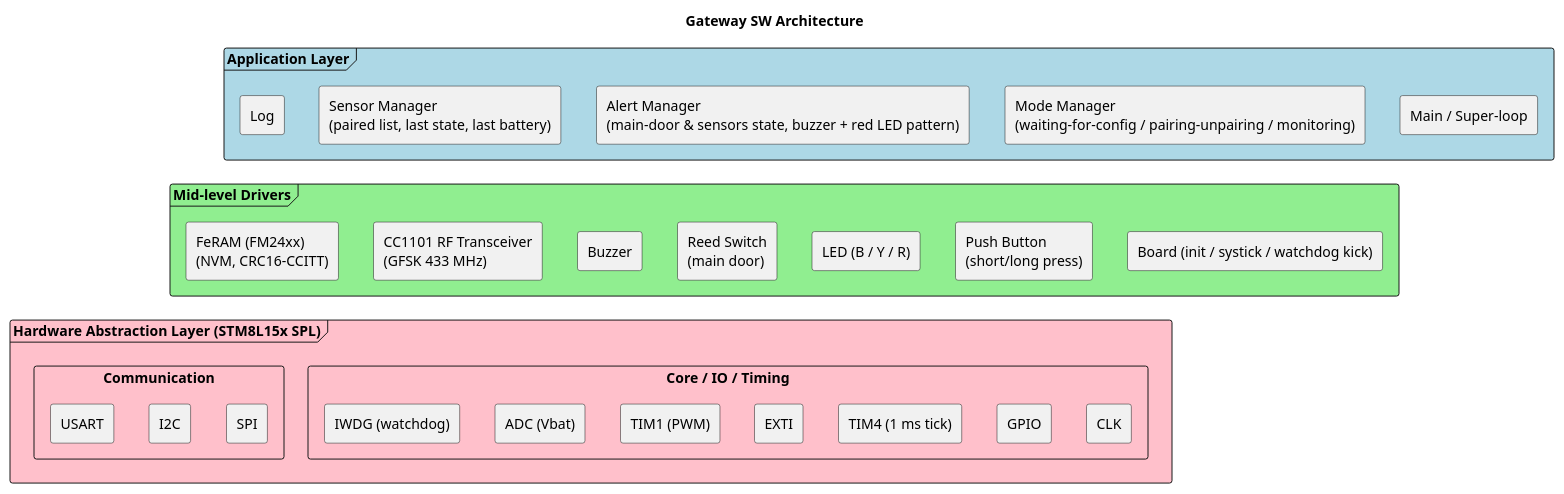
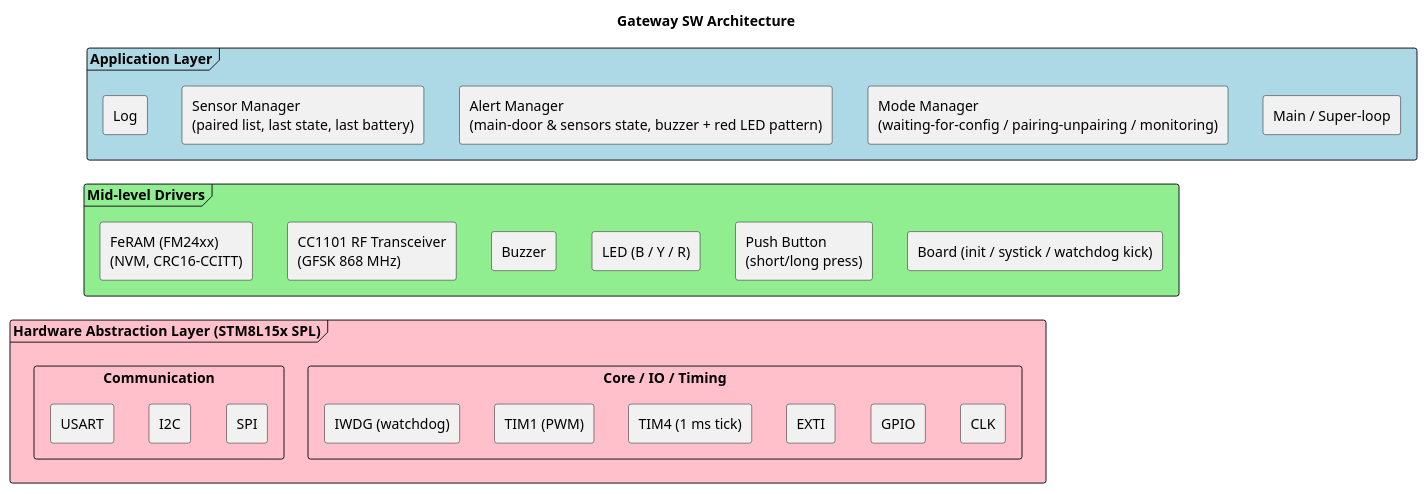
One commit to npeixoto64/ExitGuardian changed the diagram in docs/architecture/diagrams/gateway_sw_arch.puml. Above: the diagram before and after it, drawn with PlantUML. The commit also changed 6 other files, not shown here.

Commit message:
EG-56 Requirements and Architecture to use a sensor on main-door

```diff
--- a/docs/architecture/diagrams/gateway_sw_arch.puml
+++ b/docs/architecture/diagrams/gateway_sw_arch.puml
@@ -1,59 +1,56 @@
 @startuml
 skinparam componentStyle rectangle
 skinparam packageStyle frame
 
 title Gateway SW Architecture
 
 package "Application Layer" #LightBlue {
     [Main / Super-loop] as App
     [Mode Manager\n(waiting-for-config / pairing-unpairing / monitoring)] as ModeMgr
     [Alert Manager\n(main-door & sensors state, buzzer + red LED pattern)] as AlertMgr
     [Sensor Manager\n(paired list, last state, last battery)] as SensorMgr
     [Log] as Log
 }
 
 package "Mid-level Drivers" #LightGreen {
     [Board (init / systick / watchdog kick)] as Board
-    [CC1101 RF Transceiver\n(GFSK 433 MHz)] as CC1101
+    [CC1101 RF Transceiver\n(GFSK 868 MHz)] as CC1101
     [FeRAM (FM24xx)\n(NVM, CRC16-CCITT)] as FeRAM
-    [Reed Switch\n(main door)] as Reed
     [Push Button\n(short/long press)] as Button
     [LED (B / Y / R)] as Led
     [Buzzer] as Buzzer
 }
 
 package "Hardware Abstraction Layer (STM8L15x SPL)" #Pink {
     component "Communication" {
         [SPI] as SPI
         [I2C] as I2C
         [USART] as USART
     }
     component "Core / IO / Timing" {
         [CLK] as CLK
         [GPIO] as GPIO
         [EXTI] as EXTI
         [TIM1 (PWM)] as TIM1
         [TIM4 (1 ms tick)] as TIM4
-        [ADC (Vbat)] as ADC
         [IWDG (watchdog)] as IWDG
     }
 }
 
 ' Force the three packages to stack vertically (App on top, HAL on bottom).
 ' Hidden edges from every Application component down to a Mid-level driver,
 ' and from every Mid-level driver down to a HAL component, lock the ranks.
 App       -[hidden]down-> Board
 ModeMgr   -[hidden]down-> Button
 AlertMgr  -[hidden]down-> Led
 SensorMgr -[hidden]down-> CC1101
 Log       -[hidden]down-> FeRAM
 
 Board   -[hidden]down-> CLK
 CC1101  -[hidden]down-> SPI
 FeRAM   -[hidden]down-> I2C
-Reed    -[hidden]down-> EXTI
-Button  -[hidden]down-> GPIO
+Button  -[hidden]down-> EXTI
 Led     -[hidden]down-> TIM4
 Buzzer  -[hidden]down-> TIM1
 
 @enduml
```
